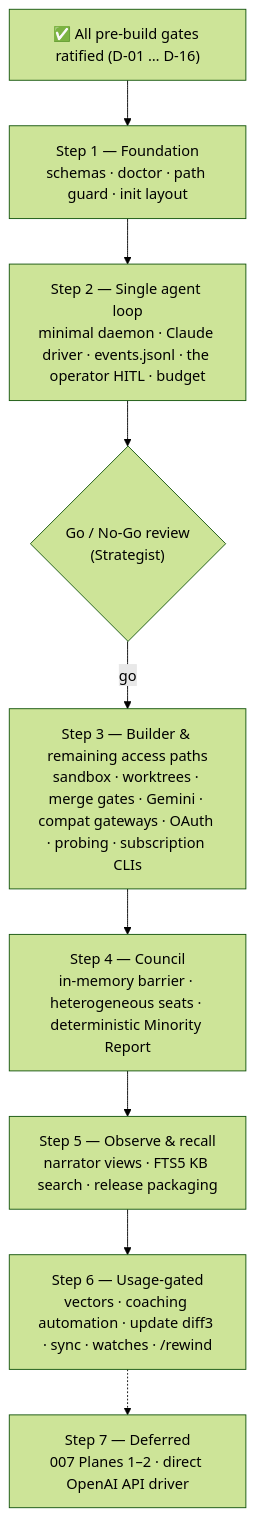
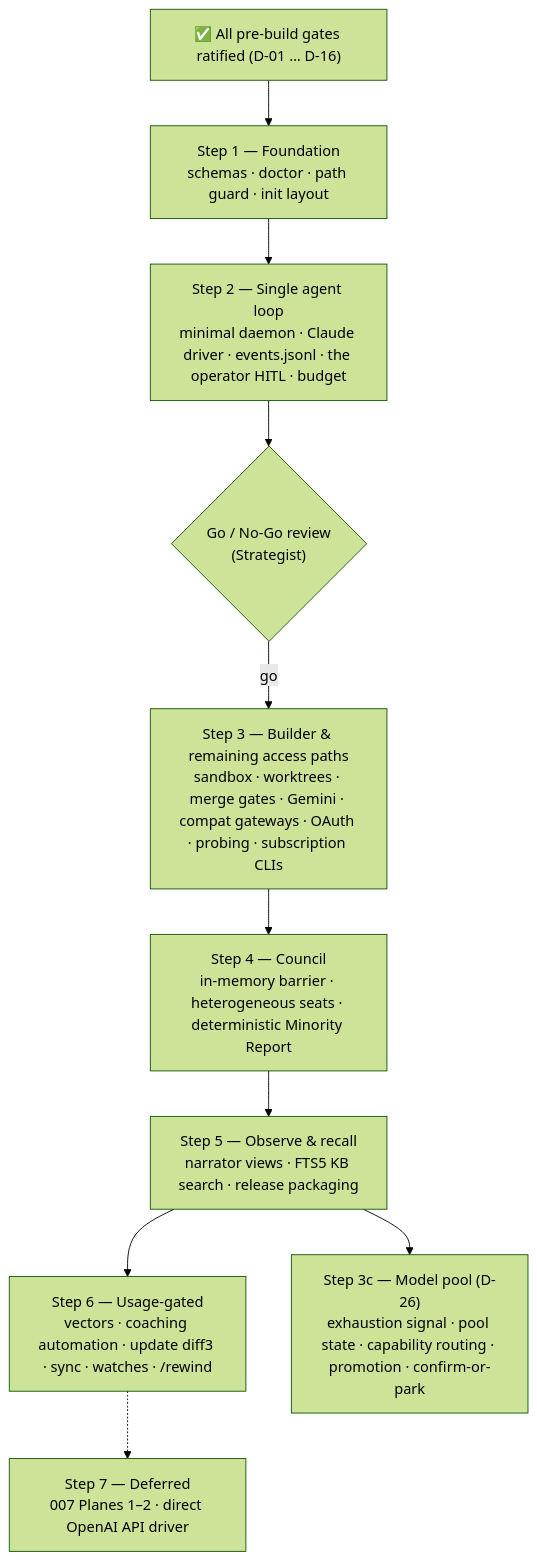
Before and after one commit to jessevondoom/delphi: the diagram in missions/2026-10-23-foundational-design/roadmap.md, drawn with Mermaid (forest theme). The commit also changed other lines of this file and 1 other file, not shown here.

First line of the commit message:
roadmap: Step 3c model pool (D-26) plan, and remaining work by estimated effort

````diff
--- a/missions/2026-10-23-foundational-design/roadmap.md
+++ b/missions/2026-10-23-foundational-design/roadmap.md
@@ -22,12 +22,13 @@
 ```mermaid
 flowchart TD
     G["✅ All pre-build gates ratified (D-01 … D-16)"] --> S1
     S1["Step 1 — Foundation\nschemas · doctor · path guard · init layout"] --> S2
     S2["Step 2 — Single agent loop\nminimal daemon · Claude driver · events.jsonl · the operator HITL · budget"] --> GNG{"Go / No-Go review\n(Strategist)"}
     GNG -->|go| S3
     S3["Step 3 — Builder & remaining access paths\nsandbox · worktrees · merge gates · Gemini · compat gateways · OAuth · probing · subscription CLIs"] --> S4
     S4["Step 4 — Council\nin-memory barrier · heterogeneous seats · deterministic Minority Report"] --> S5
     S5["Step 5 — Observe & recall\nnarrator views · FTS5 KB search · release packaging"] --> S6
     S6["Step 6 — Usage-gated\nvectors · coaching automation · update diff3 · sync · watches · /rewind"]
     S6 -.-> S7["Step 7 — Deferred\n007 Planes 1–2 · direct OpenAI API driver"]
+    S5 --> S3C["Step 3c — Model pool (D-26)\nexhaustion signal · pool state · capability routing · promotion · confirm-or-park"]
 ```
````
